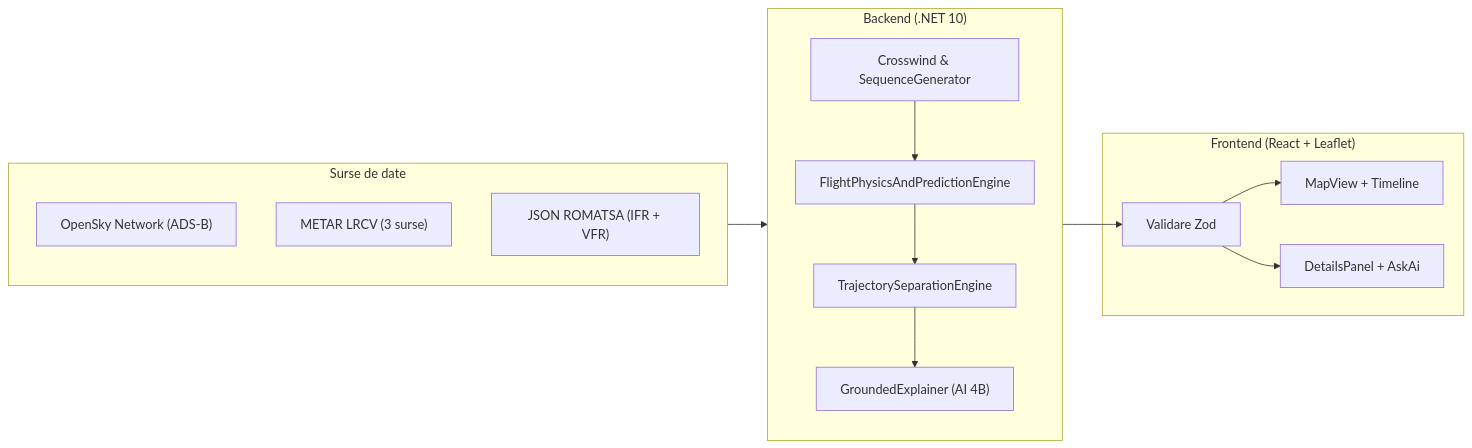
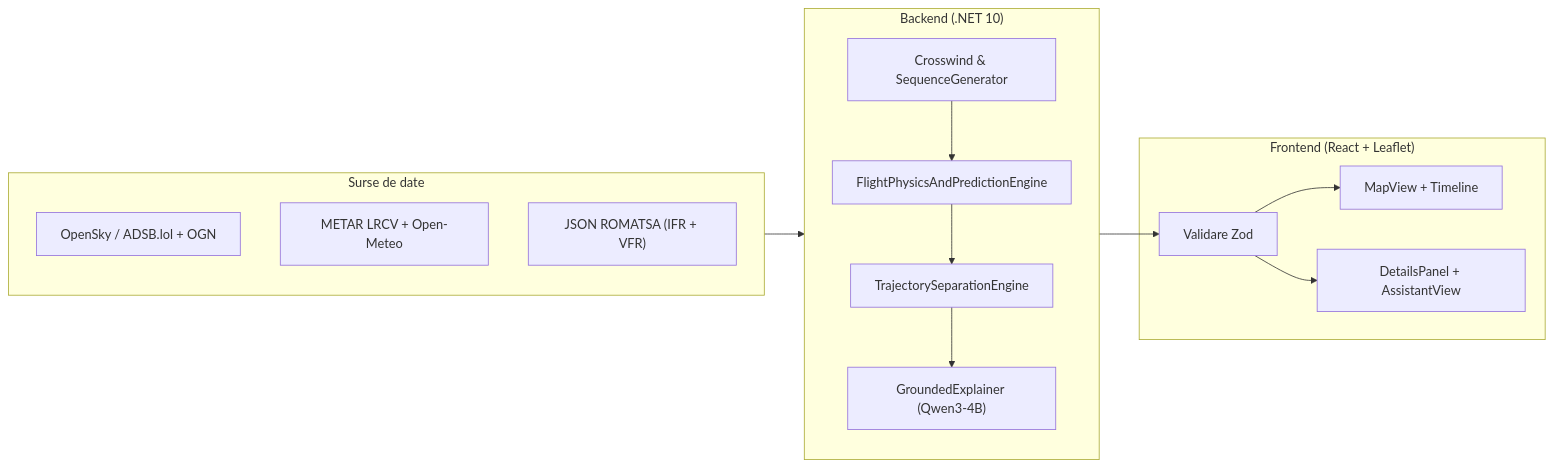
One commit to JianuDragos/KWAD changed the diagram in docs/DOCUMENTATIE_TEHNICA.md. Above: the diagram before and after it, drawn with Mermaid. The commit also changed other lines of this file and 25 other files, not shown here.

````diff
--- a/docs/DOCUMENTATIE_TEHNICA.md
+++ b/docs/DOCUMENTATIE_TEHNICA.md
@@ -14,26 +14,26 @@
 ```mermaid
 flowchart LR
     subgraph Date["Surse de date"]
-        OS["OpenSky Network (ADS-B)"]
-        WX["METAR LRCV (3 surse)"]
+        OS["OpenSky / ADSB.lol + OGN"]
+        WX["METAR LRCV + Open-Meteo"]
         DB["JSON ROMATSA (IFR + VFR)"]
     end
 
     subgraph API["Backend (.NET 10)"]
         CALC["Crosswind & SequenceGenerator"]
         MATH["FlightPhysicsAndPredictionEngine"]
         SEP["TrajectorySeparationEngine"]
-        AI["GroundedExplainer (AI 4B)"]
+        AI["GroundedExplainer (Qwen3-4B)"]
     end
 
     subgraph UI["Frontend (React + Leaflet)"]
         ZOD["Validare Zod"]
         MAP["MapView + Timeline"]
-        PNL["DetailsPanel + AskAi"]
+        PNL["DetailsPanel + AssistantView"]
     end
 
     Date --> API
     CALC --> MATH --> SEP --> AI
     API --> ZOD --> MAP
     ZOD --> PNL
 ```
````
